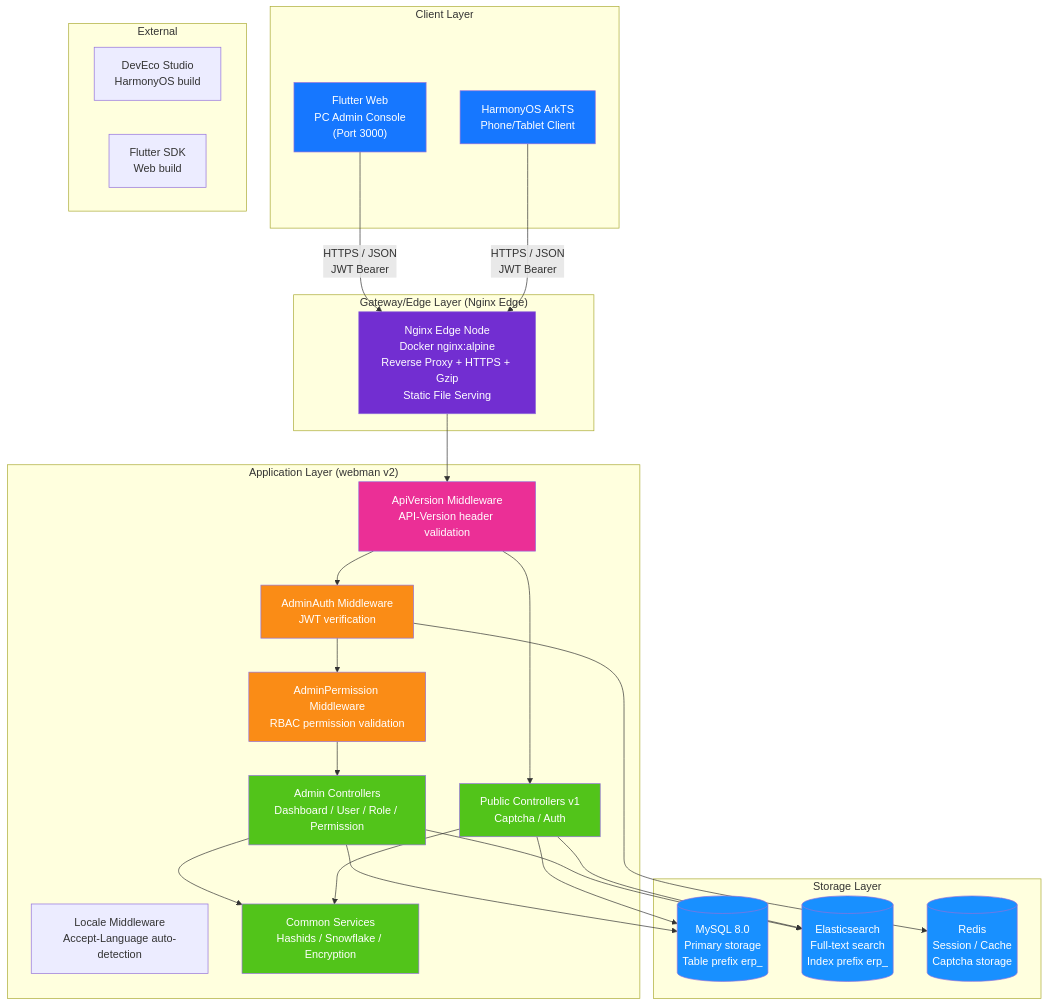
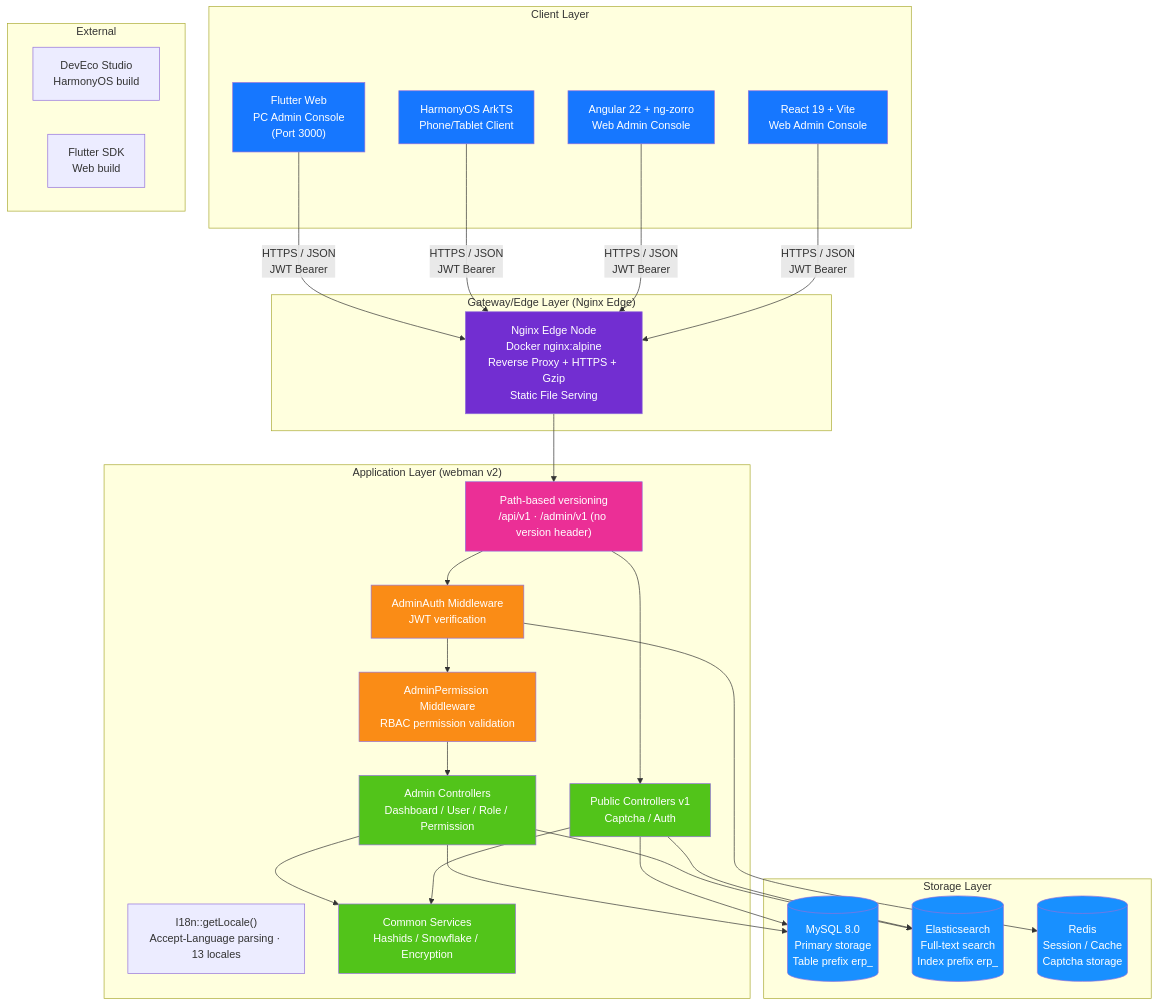
Before and after one commit to erikwang2013/erp-php: the first of 20 diagrams in docs/i18n/en/ARCHITECTURE.md, drawn with Mermaid. The commit also changed other lines of this file and 325 other files, not shown here.

````diff
--- a/docs/i18n/en/ARCHITECTURE.md
+++ b/docs/i18n/en/ARCHITECTURE.md
@@ -11,60 +11,66 @@
 ```mermaid
 flowchart TB
     subgraph "Client Layer"
         A1["Flutter Web<br/>PC Admin Console<br/>(Port 3000)"]
         A2["HarmonyOS ArkTS<br/>Phone/Tablet Client"]
+        A3["Angular 22 + ng-zorro<br/>Web Admin Console"]
+        A4["React 19 + Vite<br/>Web Admin Console"]
     end
 
     subgraph "Gateway/Edge Layer (Nginx Edge)"
         B1["Nginx Edge Node<br/>Docker nginx:alpine<br/>Reverse Proxy + HTTPS + Gzip<br/>Static File Serving"]
     end
 
     subgraph "Application Layer (webman v2)"
-        C_LOC["Locale Middleware<br/>Accept-Language auto-detection"]
-        C0["ApiVersion Middleware<br/>API-Version header validation"]
+        C_LOC["I18n::getLocale()<br/>Accept-Language parsing · 13 locales"]
+        C0["Path-based versioning<br/>/api/v1 · /admin/v1 (no version header)"]
         C1["AdminAuth Middleware<br/>JWT verification"]
         C2["AdminPermission Middleware<br/>RBAC permission validation"]
         C3["Admin Controllers<br/>Dashboard / User / Role / Permission"]
         C4["Public Controllers v1<br/>Captcha / Auth"]
         C5["Common Services<br/>Hashids / Snowflake / Encryption"]
     end
 
     subgraph "Storage Layer"
         D1[("MySQL 8.0<br/>Primary storage<br/>Table prefix erp_")]
         D2[("Elasticsearch<br/>Full-text search<br/>Index prefix erp_")]
         D3[("Redis<br/>Session / Cache<br/>Captcha storage")]
     end
 
     subgraph "External"
         E1["DevEco Studio<br/>HarmonyOS build"]
         E2["Flutter SDK<br/>Web build"]
     end
 
     A1 -->|"HTTPS / JSON<br/>JWT Bearer"| B1
     A2 -->|"HTTPS / JSON<br/>JWT Bearer"| B1
+    A3 -->|"HTTPS / JSON<br/>JWT Bearer"| B1
+    A4 -->|"HTTPS / JSON<br/>JWT Bearer"| B1
     B1 --> C0
     C0 --> C1
     C1 --> C2
     C2 --> C3
     C0 --> C4
     C3 --> C5
     C4 --> C5
     C3 --> D1
     C4 --> D1
     C3 --> D2
     C4 --> D2
     C1 --> D3
 
     style A1 fill:#1677FF,color:#fff
     style A2 fill:#1677FF,color:#fff
+    style A3 fill:#1677FF,color:#fff
+    style A4 fill:#1677FF,color:#fff
     style B1 fill:#722ED1,color:#fff
     style C0 fill:#EB2F96,color:#fff
     style C1 fill:#FA8C16,color:#fff
     style C2 fill:#FA8C16,color:#fff
     style C3 fill:#52C41A,color:#fff
     style C4 fill:#52C41A,color:#fff
     style C5 fill:#52C41A,color:#fff
     style D1 fill:#1890FF,color:#fff
     style D2 fill:#1890FF,color:#fff
     style D3 fill:#1890FF,color:#fff
 ```
````
